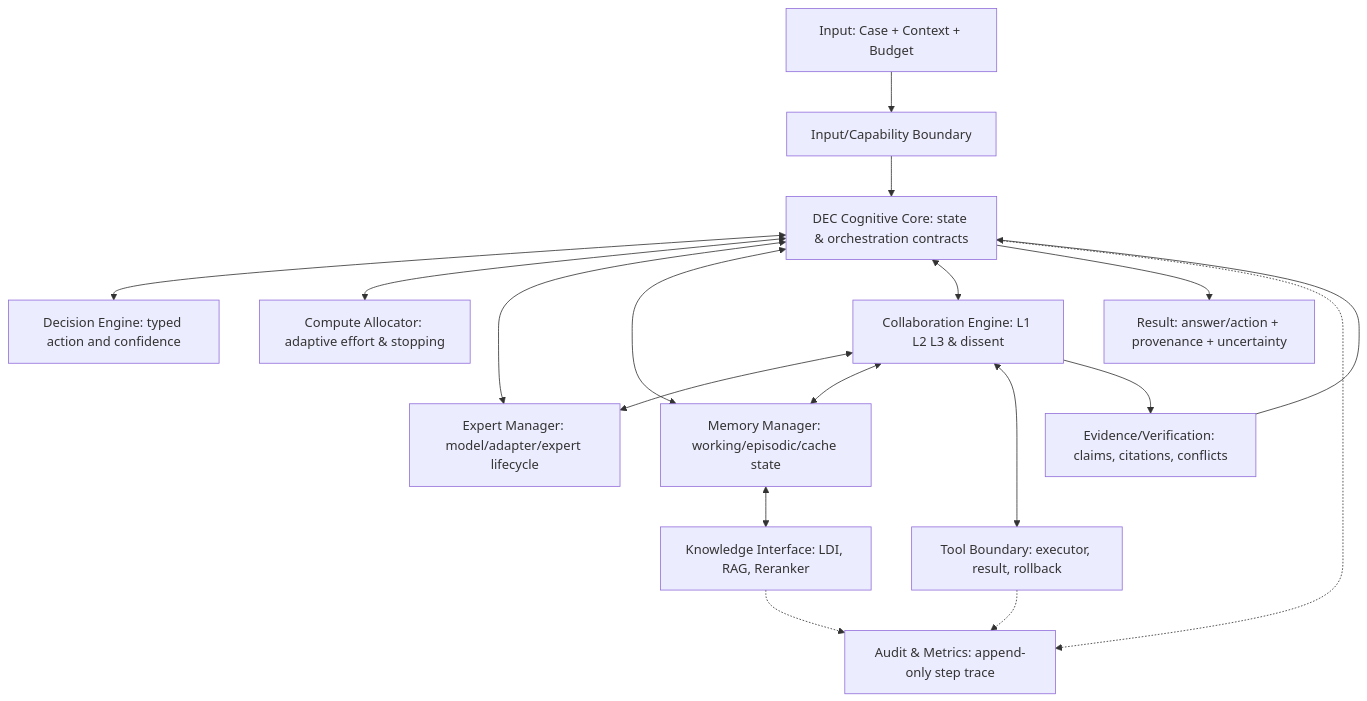
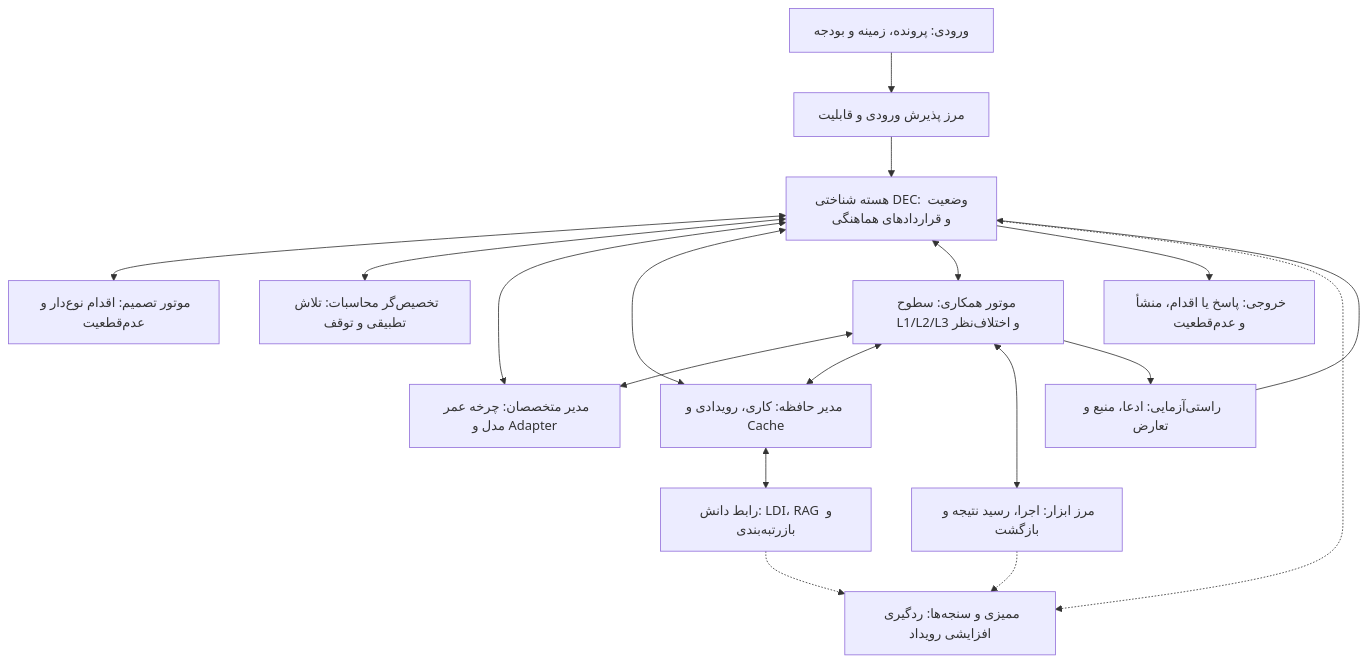
One commit to khosravimm/dec-research changed the first of 2 diagrams in docs/research/reference-architecture/DEC_CRA_REFERENCE_ARCHITECTURE_FA.md. Above: the diagram before and after it, drawn with Mermaid. The commit also changed other lines of this file and 22 other files, not shown here.

````diff
--- a/docs/research/reference-architecture/DEC_CRA_REFERENCE_ARCHITECTURE_FA.md
+++ b/docs/research/reference-architecture/DEC_CRA_REFERENCE_ARCHITECTURE_FA.md
@@ -24,20 +28,20 @@
 ```mermaid
 flowchart TD
-  IN["Input: Case + Context + Budget"] --> AUTH["Input/Capability Boundary"]
-  AUTH --> CORE["DEC Cognitive Core: state & orchestration contracts"]
-  CORE <--> DEC["Decision Engine: typed action and confidence"]
-  CORE <--> COMP["Compute Allocator: adaptive effort & stopping"]
-  CORE <--> EXP["Expert Manager: model/adapter/expert lifecycle"]
-  CORE <--> MEM["Memory Manager: working/episodic/cache state"]
-  CORE <--> COOP["Collaboration Engine: L1 L2 L3 & dissent"]
+  IN["ورودی: پرونده، زمینه و بودجه"] --> AUTH["مرز پذیرش ورودی و قابلیت"]
+  AUTH --> CORE["هسته شناختی DEC: وضعیت و قراردادهای هماهنگی"]
+  CORE <--> DEC["موتور تصمیم: اقدام نوع‌دار و عدم‌قطعیت"]
+  CORE <--> COMP["تخصیص‌گر محاسبات: تلاش تطبیقی و توقف"]
+  CORE <--> EXP["مدیر متخصصان: چرخه عمر مدل و Adapter"]
+  CORE <--> MEM["مدیر حافظه: کاری، رویدادی و Cache"]
+  CORE <--> COOP["موتور همکاری: سطوح L1/L2/L3 و اختلاف‌نظر"]
   COOP <--> EXP
   COOP <--> MEM
-  MEM <--> KNOW["Knowledge Interface: LDI, RAG, Reranker"]
-  COOP <--> TOOLS["Tool Boundary: executor, result, rollback"]
-  COOP --> VERIFY["Evidence/Verification: claims, citations, conflicts"]
+  MEM <--> KNOW["رابط دانش: LDI، RAG و بازرتبه‌بندی"]
+  COOP <--> TOOLS["مرز ابزار: اجرا، رسید نتیجه و بازگشت"]
+  COOP --> VERIFY["راستی‌آزمایی: ادعا، منبع و تعارض"]
   VERIFY --> CORE
-  CORE --> OUT["Result: answer/action + provenance + uncertainty"]
-  CORE -.-> TRACE["Audit & Metrics: append-only step trace"]
+  CORE --> OUT["خروجی: پاسخ یا اقدام، منشأ و عدم‌قطعیت"]
+  CORE -.-> TRACE["ممیزی و سنجه‌ها: ردگیری افزایشی رویداد"]
   TOOLS -.-> TRACE
   KNOW -.-> TRACE
 ```
````
